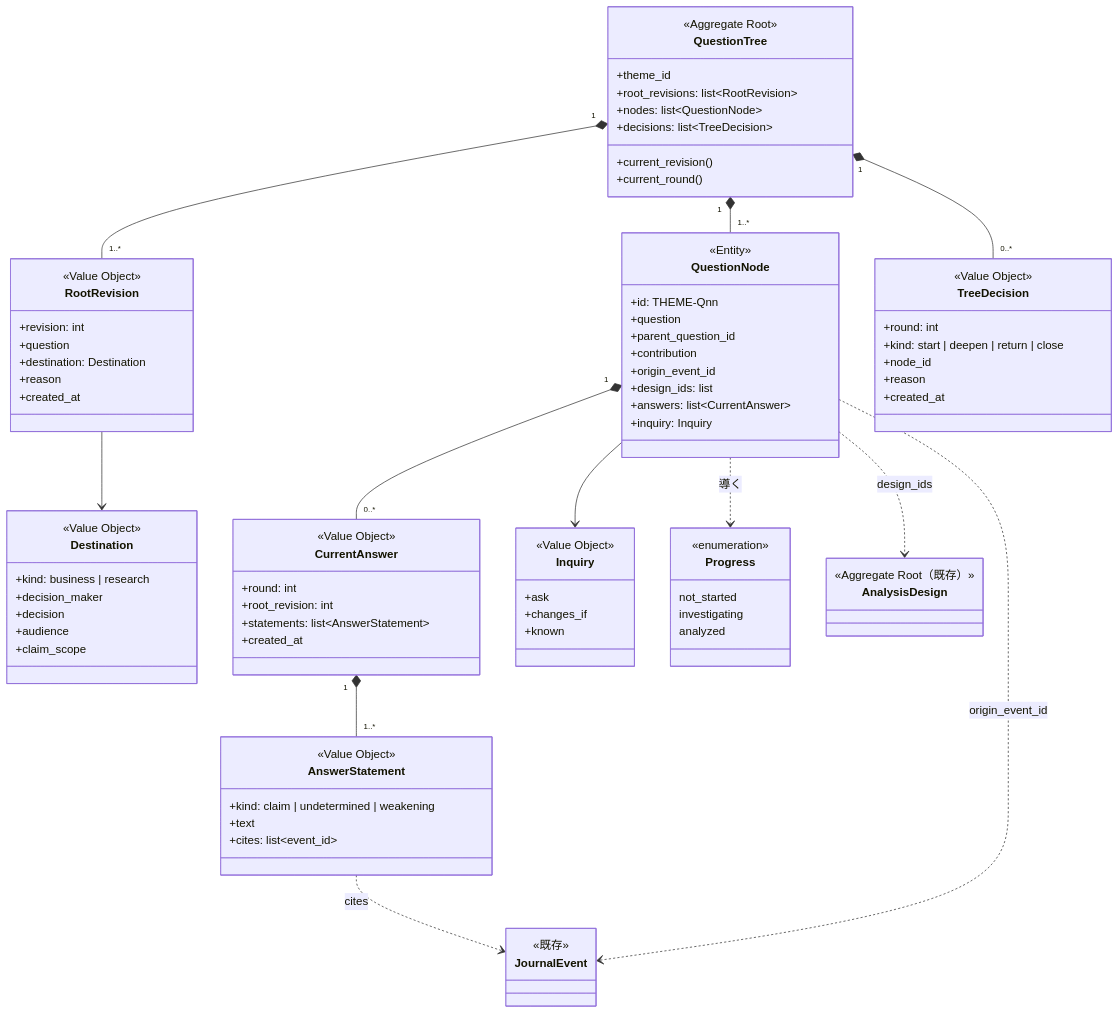
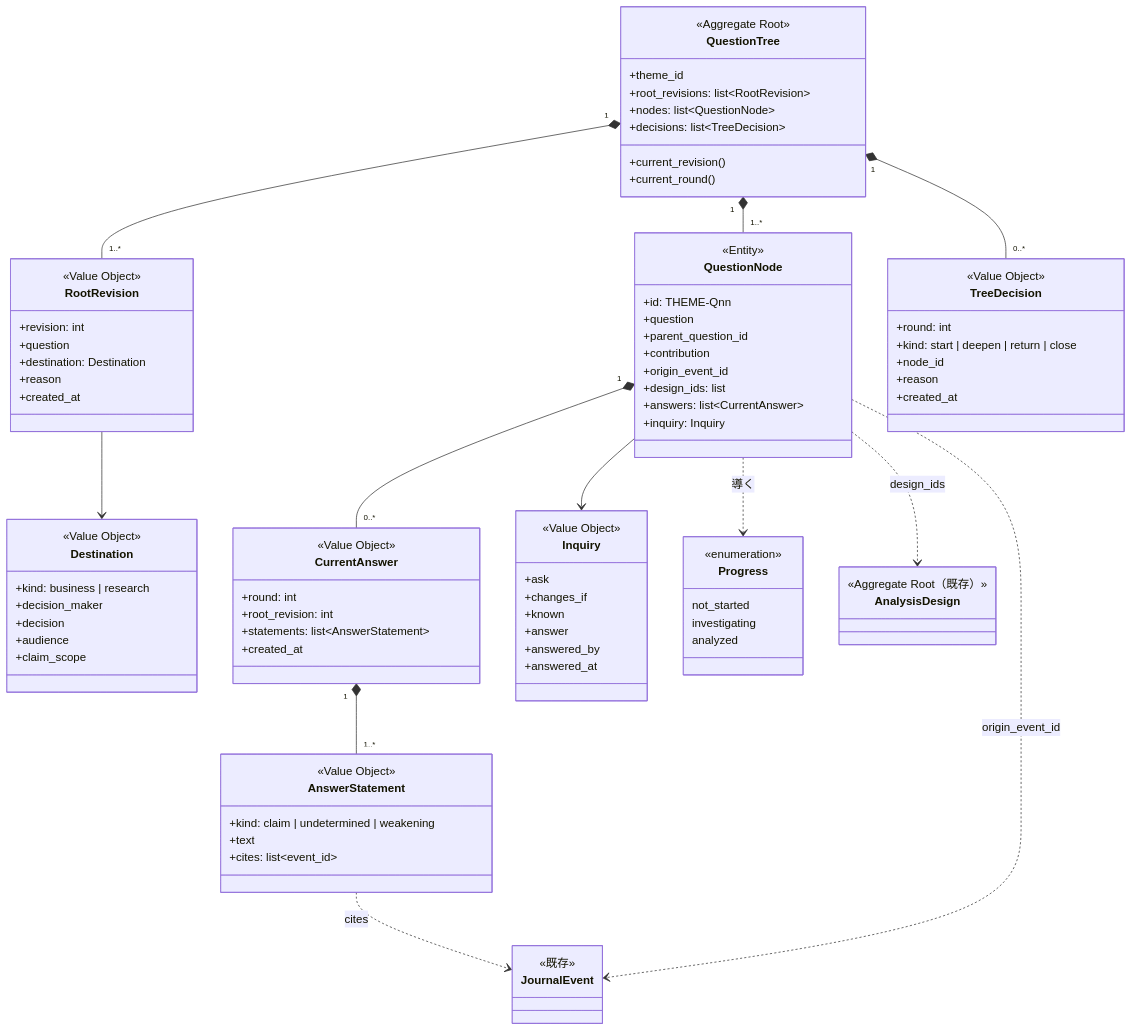
The second of 3 diagrams in docs/design/epic-18-question-tree.md (etoyama/insight-blueprint-skills), drawn with Mermaid before and after one commit. The commit also changed other lines of this file and 2 other files, not shown here.

```diff
--- a/docs/design/epic-18-question-tree.md
+++ b/docs/design/epic-18-question-tree.md
@@ -268,6 +267,9 @@
         +ask
         +changes_if
         +known
+        +answer
+        +answered_by
+        +answered_at
     }
     class TreeDecision {
         <<Value Object>>
```
